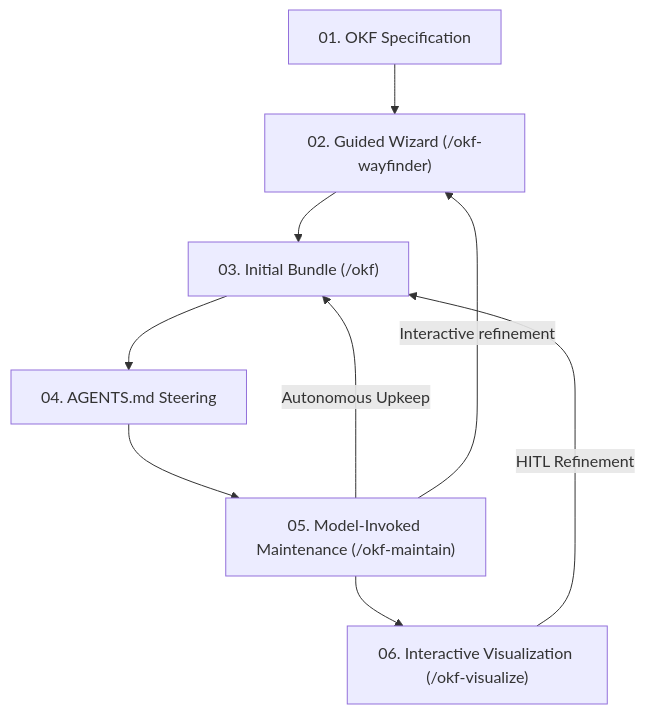
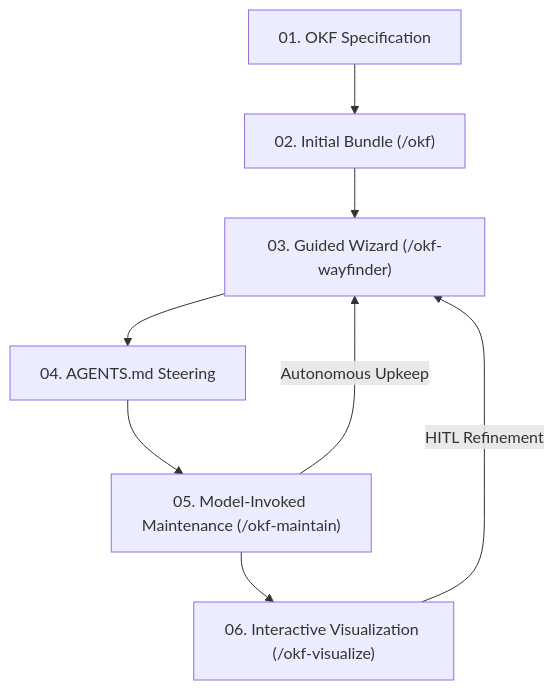
One commit to eloybar/okf-skills changed the diagram in README.md. Above: the diagram before and after it, drawn with Mermaid. The commit also changed other lines of this file and 3 other files, not shown here.

Commit message:
docs(okf): swap initialization order of okf and okf-wayfinder in lifecycle briefs

````diff
--- a/README.md
+++ b/README.md
@@ -13,11 +13,10 @@
 ```mermaid
 graph TD
-    A["01. OKF Specification"] --> B["02. Guided Wizard (/okf-wayfinder)"]
-    B --> C["03. Initial Bundle (/okf)"]
+    A["01. OKF Specification"] --> B["02. Initial Bundle (/okf)"]
+    B --> C["03. Guided Wizard (/okf-wayfinder)"]
     C --> D["04. AGENTS.md Steering"]
     D --> E["05. Model-Invoked Maintenance (/okf-maintain)"]
     E -->|Autonomous Upkeep| C
-    E -->|Interactive refinement| B
     E --> F["06. Interactive Visualization (/okf-visualize)"]
     F -->|HITL Refinement| C
 ```
````
